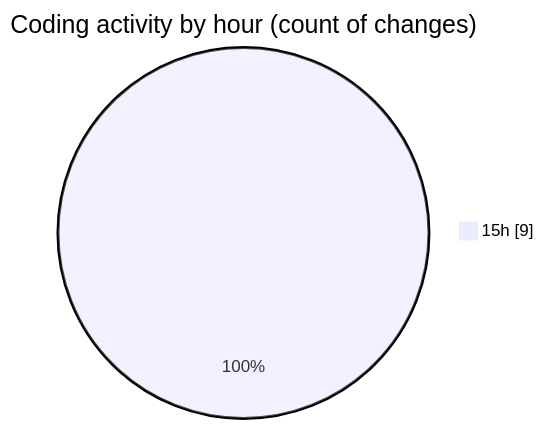
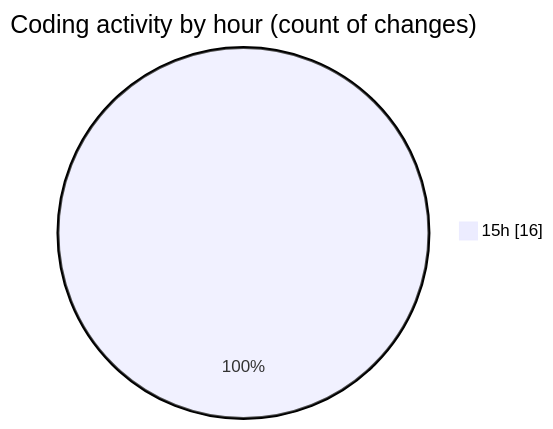
The second of 2 diagrams in 2025-07-31/tw-server/README.md (EIIisD/code-tracking), drawn with Mermaid before and after one commit. The commit also changed other lines of this file and 1 other file, not shown here.

````diff
--- a/2025-07-31/tw-server/README.md
+++ b/2025-07-31/tw-server/README.md
@@ -35,5 +35,5 @@
 ```mermaid
 pie showData
 title Coding activity by hour (count of changes)
-"15h" : 9
+"15h" : 16
 ```
````
